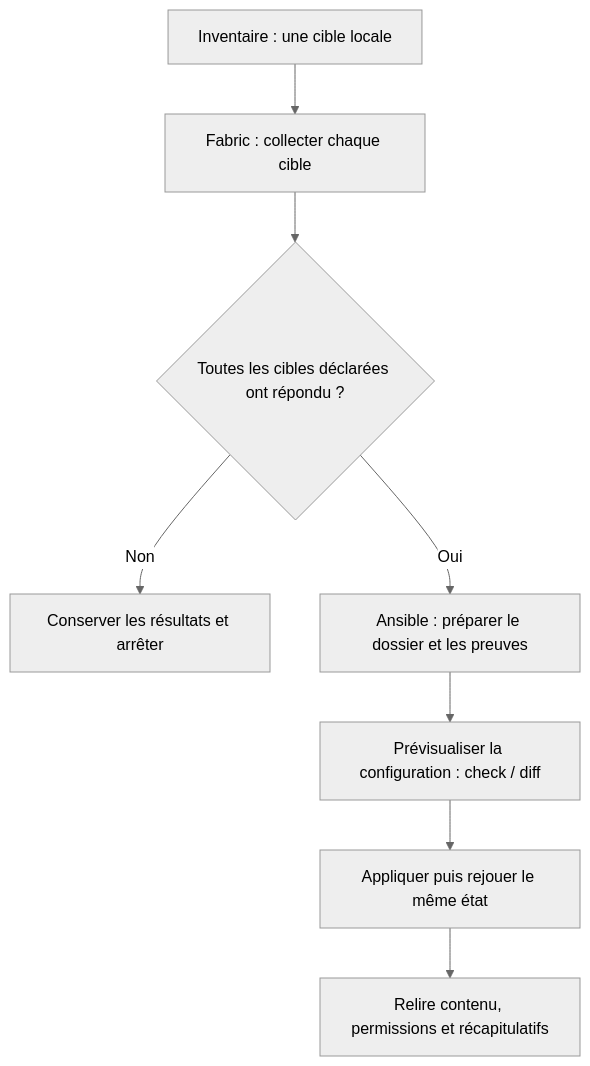
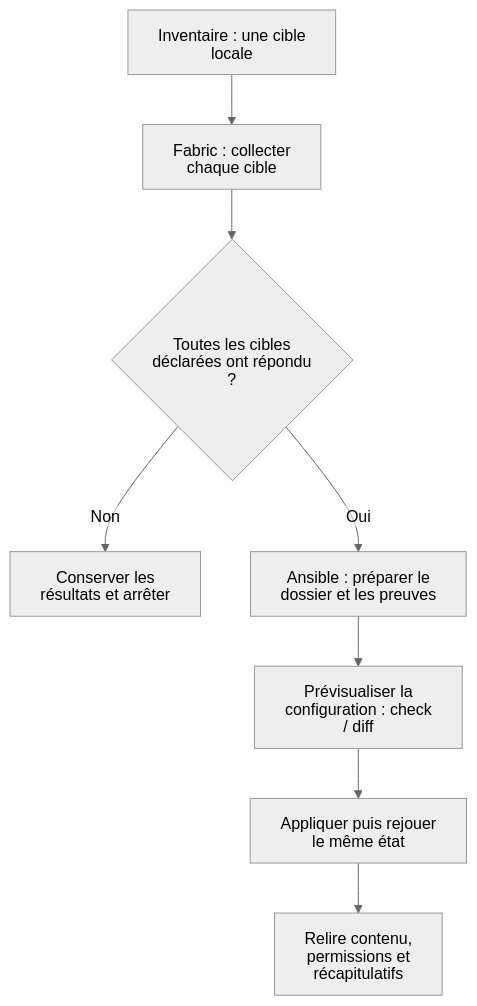
Before and after one commit to lapeyrade/formation-python: the second of 3 diagrams in ateliers/06/README.md, drawn with Mermaid (neutral theme). The commit also changed other lines of this file and 17 other files, not shown here.

````diff
--- a/ateliers/06/README.md
+++ b/ateliers/06/README.md
@@ -197,12 +200,13 @@
 ```mermaid
+%%{init: {"htmlLabels": false, "flowchart": {"htmlLabels": false}}}%%
 flowchart TD
   accTitle: Collecter puis vérifier un état distant
   accDescr: Fabric collecte les cibles configurées. Une collecte incomplète est conservée et bloque la suite. Après une collecte complète, le pilote Ansible prépare le dossier et les preuves, puis prévisualise, applique et rejoue la configuration avant de vérifier contenu et permissions.
-  I["Inventaire : une cible locale"] --> F["Fabric : collecter chaque cible"]
-  F --> C{"Toutes les cibles déclarées ont répondu ?"}
-  C -->|Non| E["Conserver les résultats et arrêter"]
-  C -->|Oui| D["Ansible : préparer le dossier et les preuves"]
-  D --> P["Prévisualiser la configuration : check / diff"]
-  P --> A["Appliquer puis rejouer le même état"]
-  A --> V["Relire contenu, permissions et récapitulatifs"]
+  I["Inventaire : une cible<br/>locale"] --> F["Fabric : collecter<br/>chaque cible"]
+  F --> C{"Toutes les cibles<br/>déclarées ont répondu<br/>?"}
+  C -->|Non| E["Conserver les<br/>résultats et arrêter"]
+  C -->|Oui| D["Ansible : préparer le<br/>dossier et les preuves"]
+  D --> P["Prévisualiser la<br/>configuration : check<br/>/ diff"]
+  P --> A["Appliquer puis rejouer<br/>le même état"]
+  A --> V["Relire contenu,<br/>permissions et<br/>récapitulatifs"]
 ```
````
